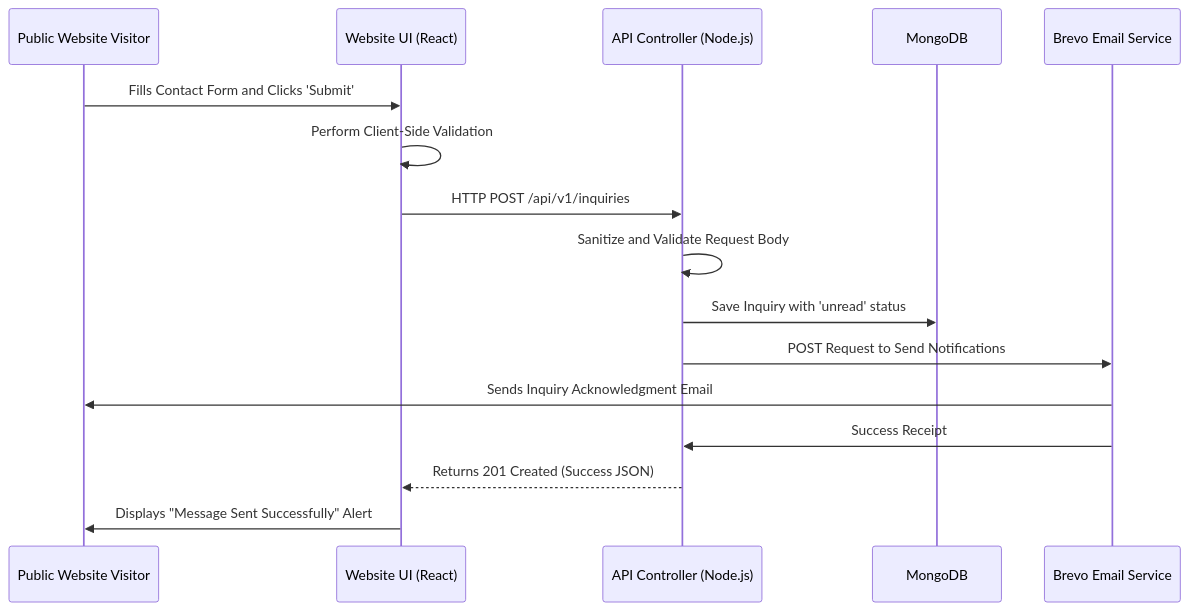
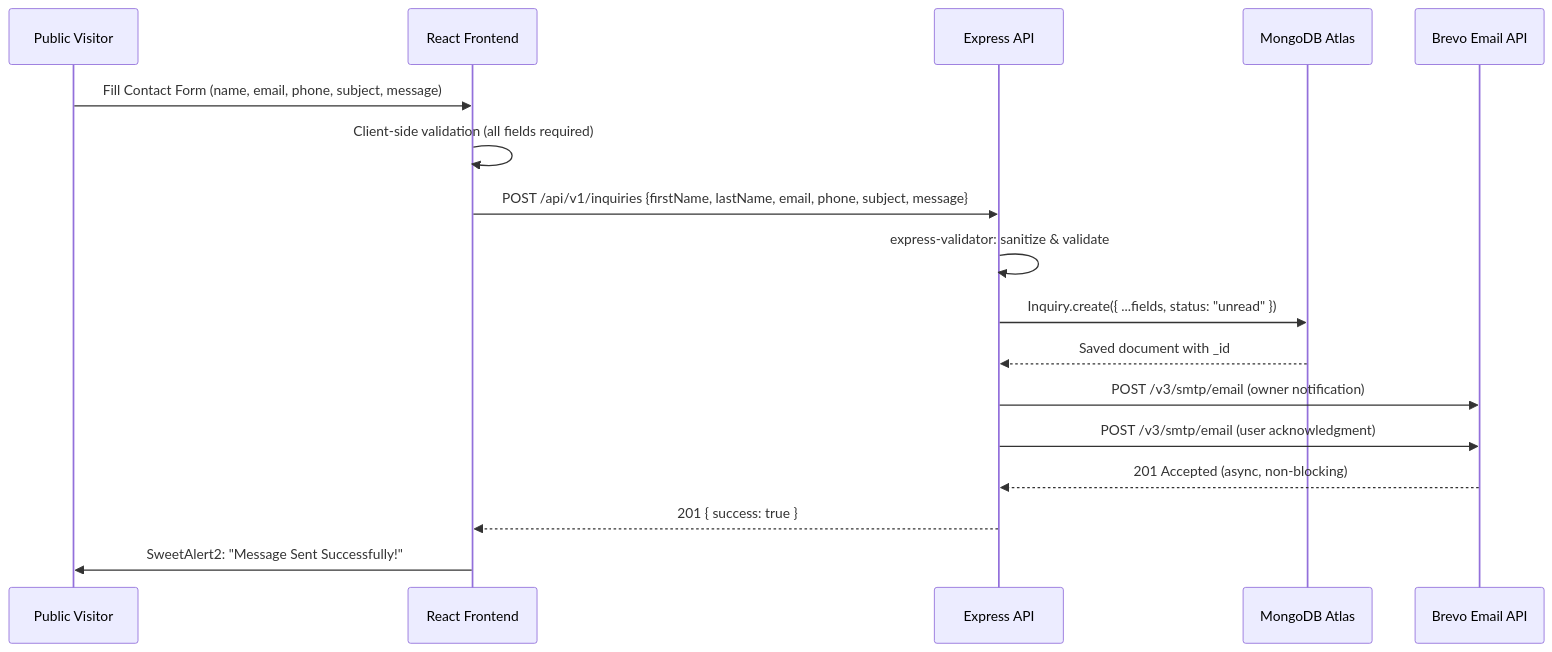
One commit to SAKTHIIIVEL/final_year_prj changed the third of 7 diagrams in final_doc.md. Above: the diagram before and after it, drawn with Mermaid. The commit also changed other lines of this file and 3 other files, not shown here.

````diff
--- a/final_doc.md
+++ b/final_doc.md
@@ -208,19 +606,20 @@
 ```mermaid
 sequenceDiagram
-    participant User as Public Website Visitor
-    participant Frontend as Website UI (React)
-    participant Backend as API Controller (Node.js)
-    participant Database as MongoDB
-    participant Brevo as Brevo Email Service
+    participant User as Public Visitor
+    participant React as React Frontend
+    participant Express as Express API
+    participant MongoDB as MongoDB Atlas
+    participant Brevo as Brevo Email API
 
-    User->>Frontend: Fills Contact Form and Clicks 'Submit'
-    Frontend->>Frontend: Perform Client-Side Validation
-    Frontend->>Backend: HTTP POST /api/v1/inquiries
-    Backend->>Backend: Sanitize and Validate Request Body
-    Backend->>Database: Save Inquiry with 'unread' status
-    Backend->>Brevo: POST Request to Send Notifications
-    Brevo->>User: Sends Inquiry Acknowledgment Email
-    Brevo->>Backend: Success Receipt
-    Backend-->>Frontend: Returns 201 Created (Success JSON)
-    Frontend->>User: Displays "Message Sent Successfully" Alert
+    User->>React: Fill Contact Form (name, email, phone, subject, message)
+    React->>React: Client-side validation (all fields required)
+    React->>Express: POST /api/v1/inquiries {firstName, lastName, email, phone, subject, message}
+    Express->>Express: express-validator: sanitize & validate
+    Express->>MongoDB: Inquiry.create({ ...fields, status: "unread" })
+    MongoDB-->>Express: Saved document with _id
+    Express->>Brevo: POST /v3/smtp/email (owner notification)
+    Express->>Brevo: POST /v3/smtp/email (user acknowledgment)
+    Brevo-->>Express: 201 Accepted (async, non-blocking)
+    Express-->>React: 201 { success: true }
+    React->>User: SweetAlert2: "Message Sent Successfully!"
 ```
````
